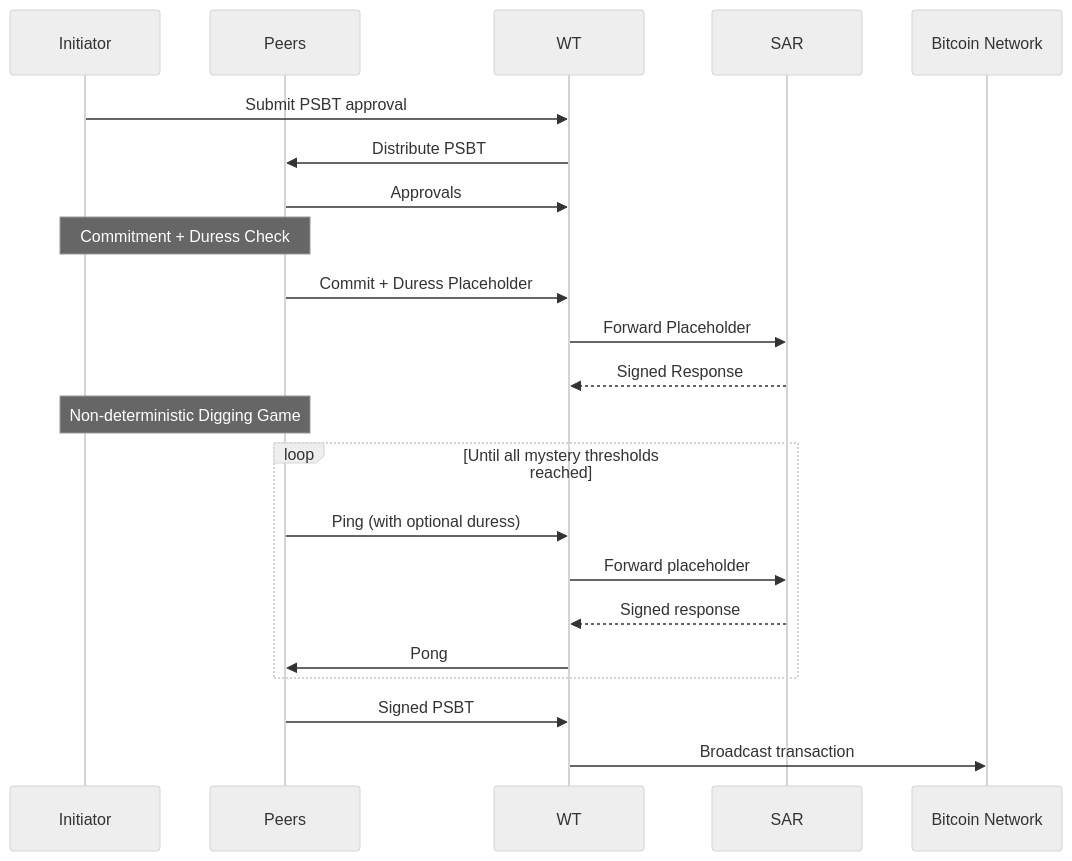
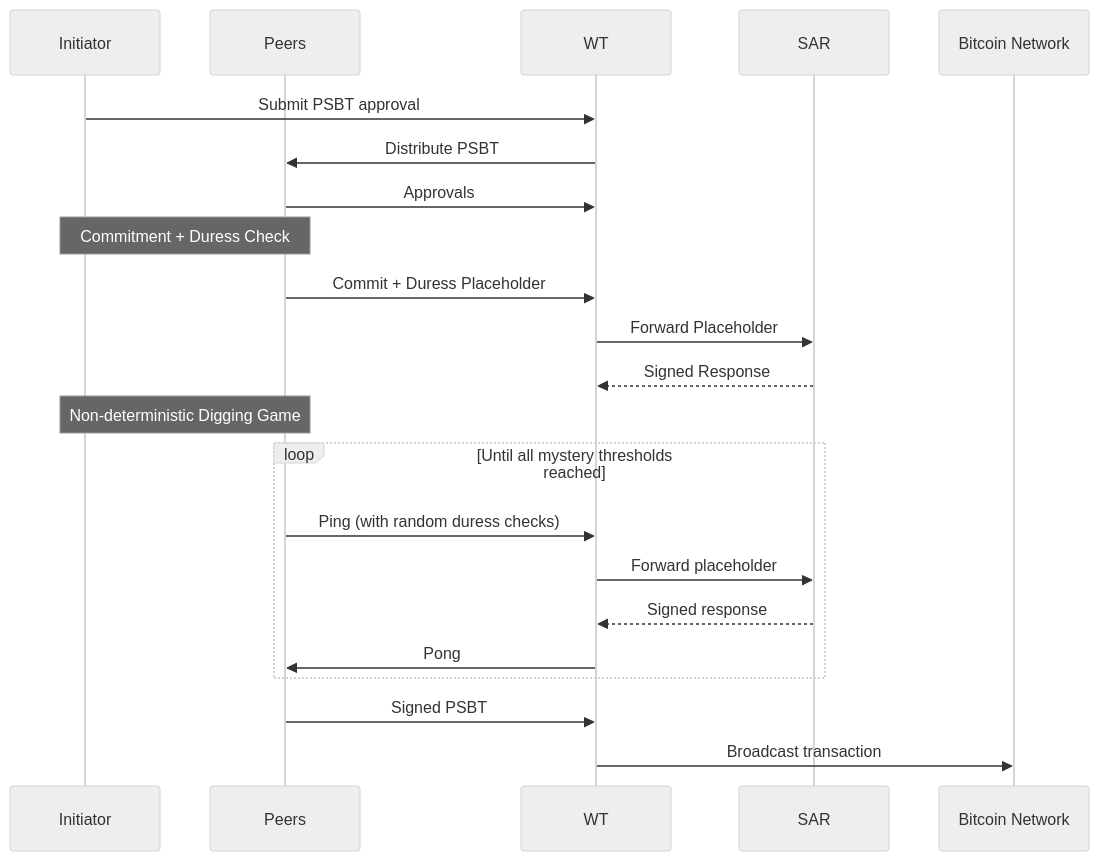
Before and after one commit to bitryonix/boomerang_design: the diagram in README.md, drawn with Mermaid (neutral theme). The commit also changed other lines of this file, not shown here.

````diff
--- a/README.md
+++ b/README.md
@@ -231,27 +233,27 @@
 ```mermaid
 sequenceDiagram
     participant Initiator
     participant Peers
     participant WT
     participant SAR
 
     Initiator->>WT: Submit PSBT approval
     WT->>Peers: Distribute PSBT
     Peers->>WT: Approvals
 
     Note over Initiator,Peers: Commitment + Duress Check
     Peers->>WT: Commit + Duress Placeholder
     WT->>SAR: Forward Placeholder
     SAR-->>WT: Signed Response
 
     Note over Initiator,Peers: Non-deterministic Digging Game
     loop Until all mystery thresholds reached
-        Peers->>WT: Ping (with optional duress)
+        Peers->>WT: Ping (with random duress checks)
         WT->>SAR: Forward placeholder
         SAR-->>WT: Signed response
         WT->>Peers: Pong
     end
 
     Peers->>WT: Signed PSBT
     WT->>Bitcoin Network: Broadcast transaction
 ```
````
